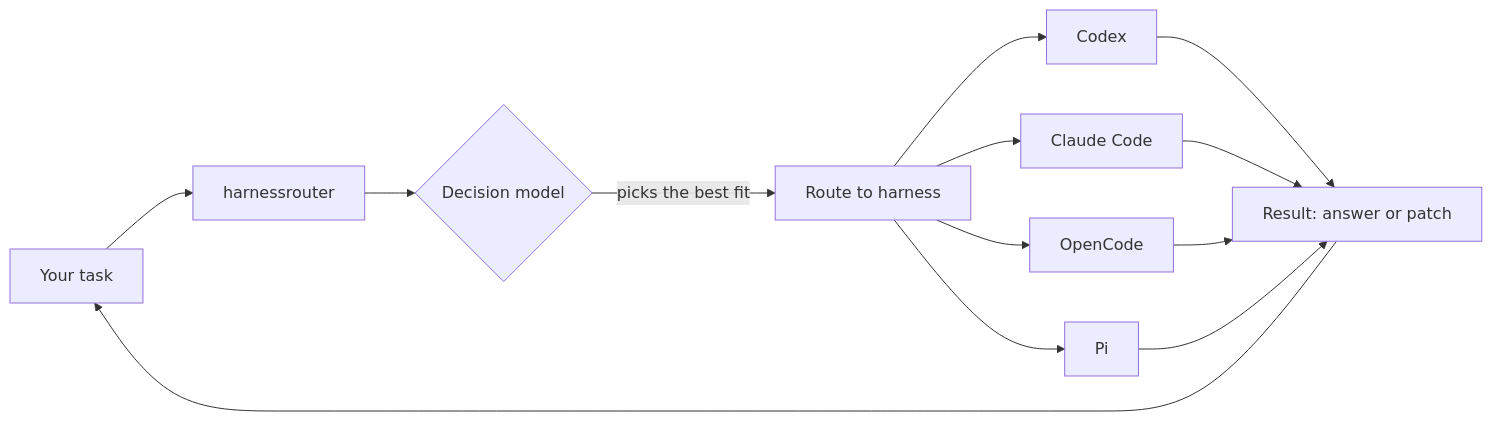
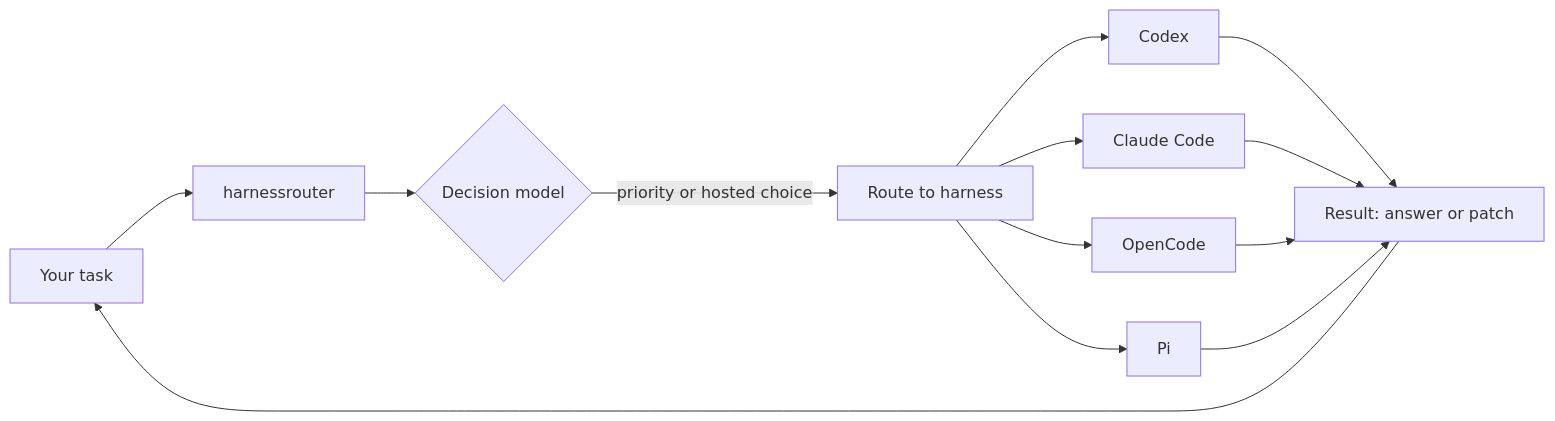
One commit to ozgureyilmaz/harnessrouter changed the first of 2 diagrams in README.md. Above: the diagram before and after it, drawn with Mermaid. The commit also changed other lines of this file and 1 other file, not shown here.

````diff
--- a/README.md
+++ b/README.md
@@ -25,12 +33,12 @@
 ```mermaid
 flowchart LR
     A[Your task] --> B[harnessrouter]
     B --> C{Decision model}
-    C -->|picks the best fit| D[Route to harness]
+    C -->|priority or hosted choice| D[Route to harness]
     D --> E1[Codex]
     D --> E2[Claude Code]
     D --> E3[OpenCode]
     D --> E4[Pi]
     E1 & E2 & E3 & E4 --> F[Result: answer or patch]
     F --> A
 ```
````
